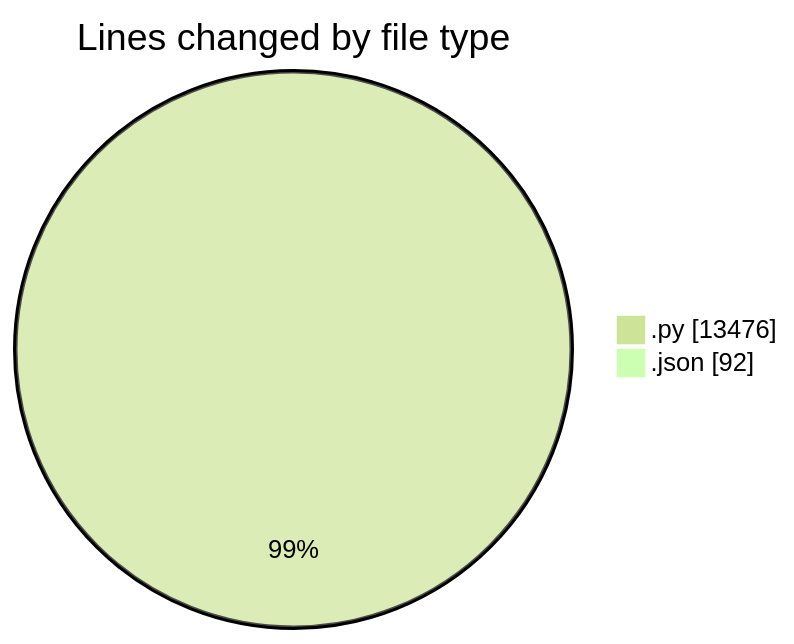
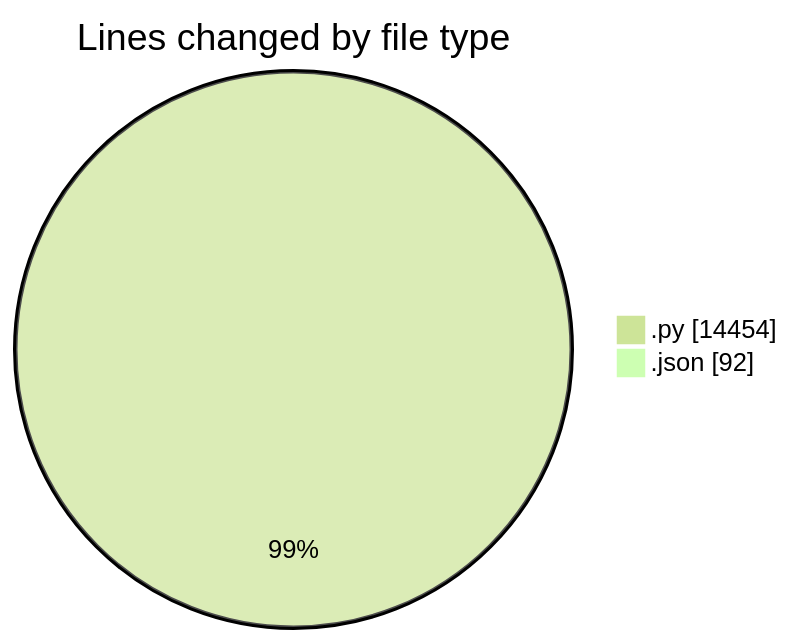
One commit to jrari/code-tracking changed the first of 2 diagrams in 2025-07-13/telebot/README.md. Above: the diagram before and after it, drawn with Mermaid (forest theme). The commit also changed other lines of this file and 1 other file, not shown here.

````diff
--- a/2025-07-13/telebot/README.md
+++ b/2025-07-13/telebot/README.md
@@ -41,6 +42,6 @@
 ```mermaid
 pie showData
 title Lines changed by file type
-".py" : 13476
+".py" : 14454
 ".json" : 92
 ```
````
